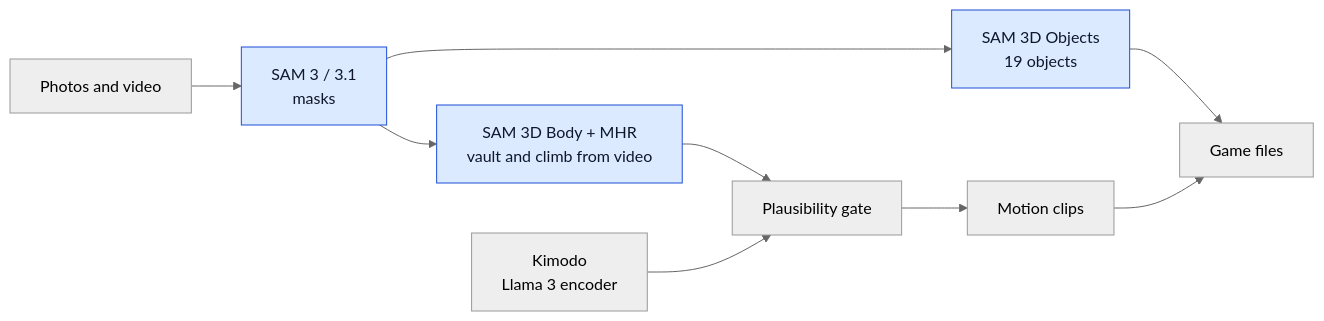
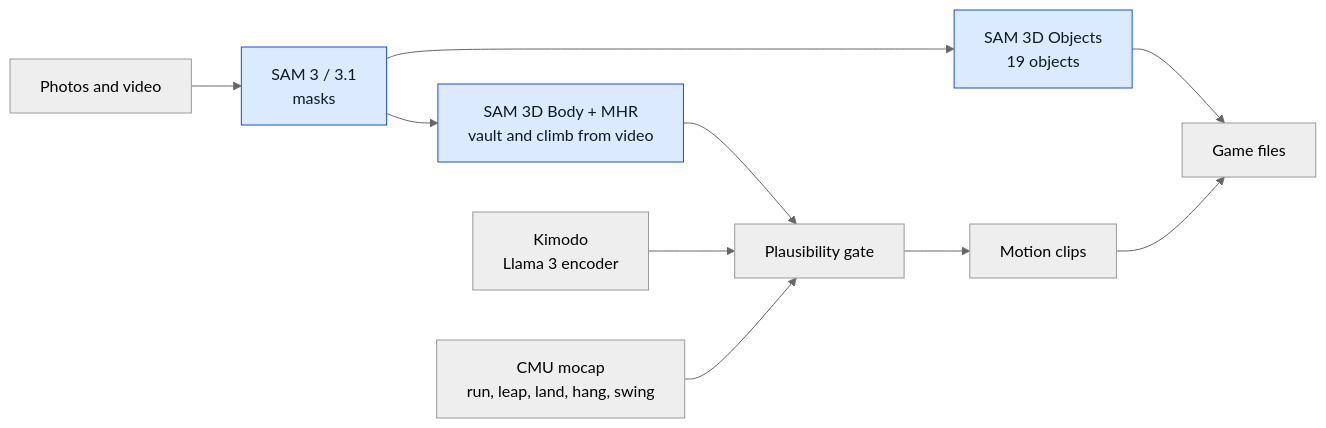
Before and after one commit to gitgithan/conquercourse: the eighth of 8 diagrams in README.md, drawn with Mermaid (neutral theme). The commit also changed other lines of this file and 7 other files, not shown here.

Commit message:
Diagrams B: architecture without live Commons, editor flow with Ask AI / Make it easier, Q/T arm 0.8 m, bars now in the search, stale Find a repair texts - Part of CC-133

````diff
--- a/README.md
+++ b/README.md
@@ -561,13 +565,14 @@
 ```mermaid
 flowchart LR
   A["Photos and video"] --> B["SAM 3 / 3.1<br/>masks"]
   B --> C["SAM 3D Objects<br/>19 objects"]
   B --> D["SAM 3D Body + MHR<br/>vault and climb from video"]
   D --> E["Plausibility gate"]
   F["Kimodo<br/>Llama 3 encoder"] --> E
+  CM["CMU mocap<br/>run, leap, land, hang, swing"] --> E
   E --> G["Motion clips"]
   C --> H["Game files"]
   G --> H
   classDef meta fill:#dbeafe,stroke:#1d4ed8,color:#0f172a;
   class B,C,D meta;
 ```
````
